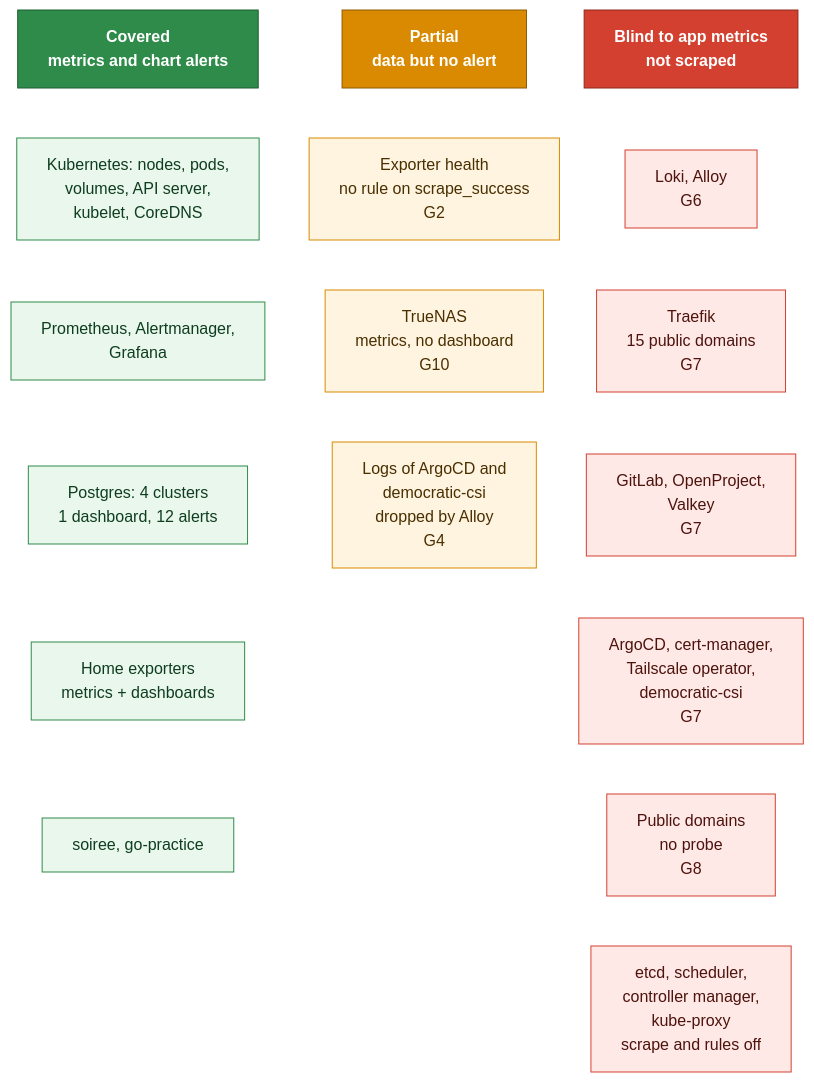
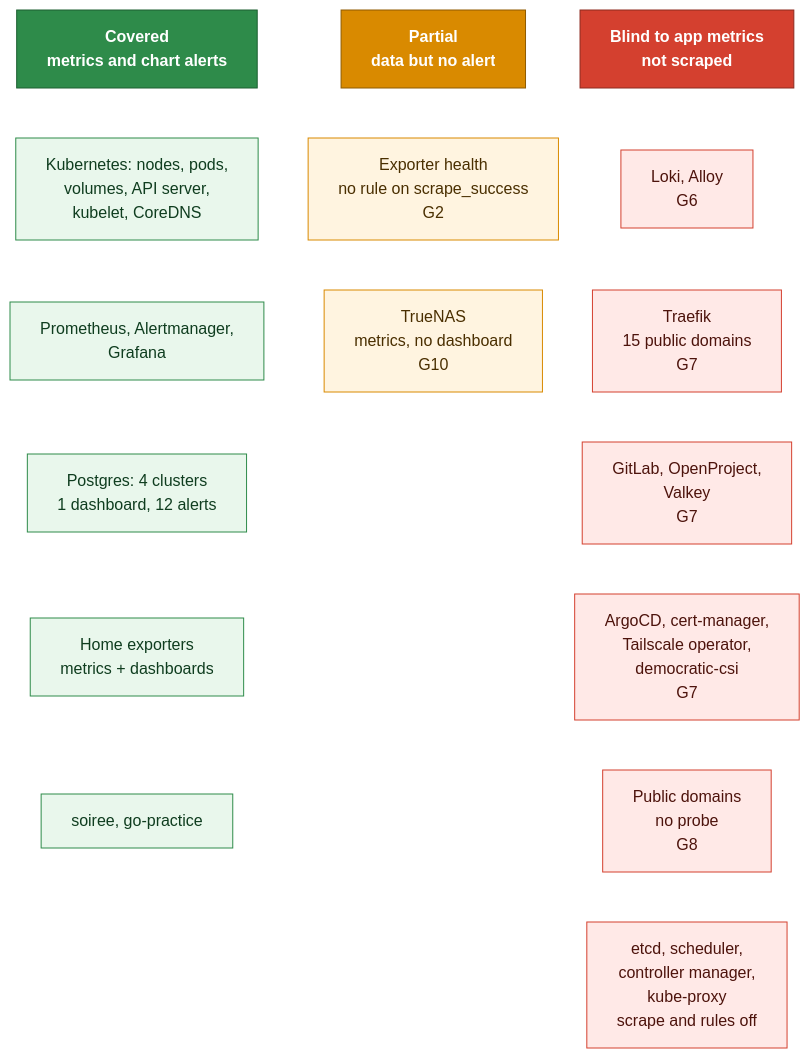
One commit to Yornik/sharkshere-gitops changed the third of 3 diagrams in docs/tech/monitoring.md. Above: the diagram before and after it, drawn with Mermaid. The commit also changed other lines of this file, not shown here.

````diff
--- a/docs/tech/monitoring.md
+++ b/docs/tech/monitoring.md
@@ -391,40 +393,39 @@
 ```mermaid
 flowchart TB
   classDef okh fill:#2e8b4a,stroke:#1d5e31,color:#ffffff,font-weight:bold
   classDef parth fill:#d98a00,stroke:#8f5b00,color:#ffffff,font-weight:bold
   classDef noneh fill:#d4402f,stroke:#8d2a1e,color:#ffffff,font-weight:bold
   classDef ok fill:#e9f7ec,stroke:#2e8b4a,color:#0f3d1f
   classDef part fill:#fff4e0,stroke:#d98a00,color:#4a2f00
   classDef none fill:#ffe9e7,stroke:#d4402f,color:#4d130c
 
   H1["Covered<br/>metrics and chart alerts"]
   A1["Kubernetes: nodes, pods,<br/>volumes, API server,<br/>kubelet, CoreDNS"]
   A2["Prometheus, Alertmanager,<br/>Grafana"]
   A3["Postgres: 4 clusters<br/>1 dashboard, 12 alerts"]
   A4["Home exporters<br/>metrics + dashboards"]
   A5["soiree, go-practice"]
 
   H2["Partial<br/>data but no alert"]
   B1["Exporter health<br/>no rule on scrape_success<br/>G2"]
   B3["TrueNAS<br/>metrics, no dashboard<br/>G10"]
-  B4["Logs of ArgoCD and<br/>democratic-csi<br/>dropped by Alloy<br/>G4"]
 
   H3["Blind to app metrics<br/>not scraped"]
   C1["Loki, Alloy<br/>G6"]
   C2["Traefik<br/>15 public domains<br/>G7"]
   C3["GitLab, OpenProject,<br/>Valkey<br/>G7"]
   C4["ArgoCD, cert-manager,<br/>Tailscale operator,<br/>democratic-csi<br/>G7"]
   C5["Public domains<br/>no probe<br/>G8"]
   C6["etcd, scheduler,<br/>controller manager,<br/>kube-proxy<br/>scrape and rules off"]
 
   H1 ~~~ A1 ~~~ A2 ~~~ A3 ~~~ A4 ~~~ A5
-  H2 ~~~ B1 ~~~ B3 ~~~ B4
+  H2 ~~~ B1 ~~~ B3
   H3 ~~~ C1 ~~~ C2 ~~~ C3 ~~~ C4 ~~~ C5 ~~~ C6
 
   class H1 okh
   class H2 parth
   class H3 noneh
   class A1,A2,A3,A4,A5 ok
-  class B1,B3,B4 part
+  class B1,B3 part
   class C1,C2,C3,C4,C5,C6 none
 ```
````
